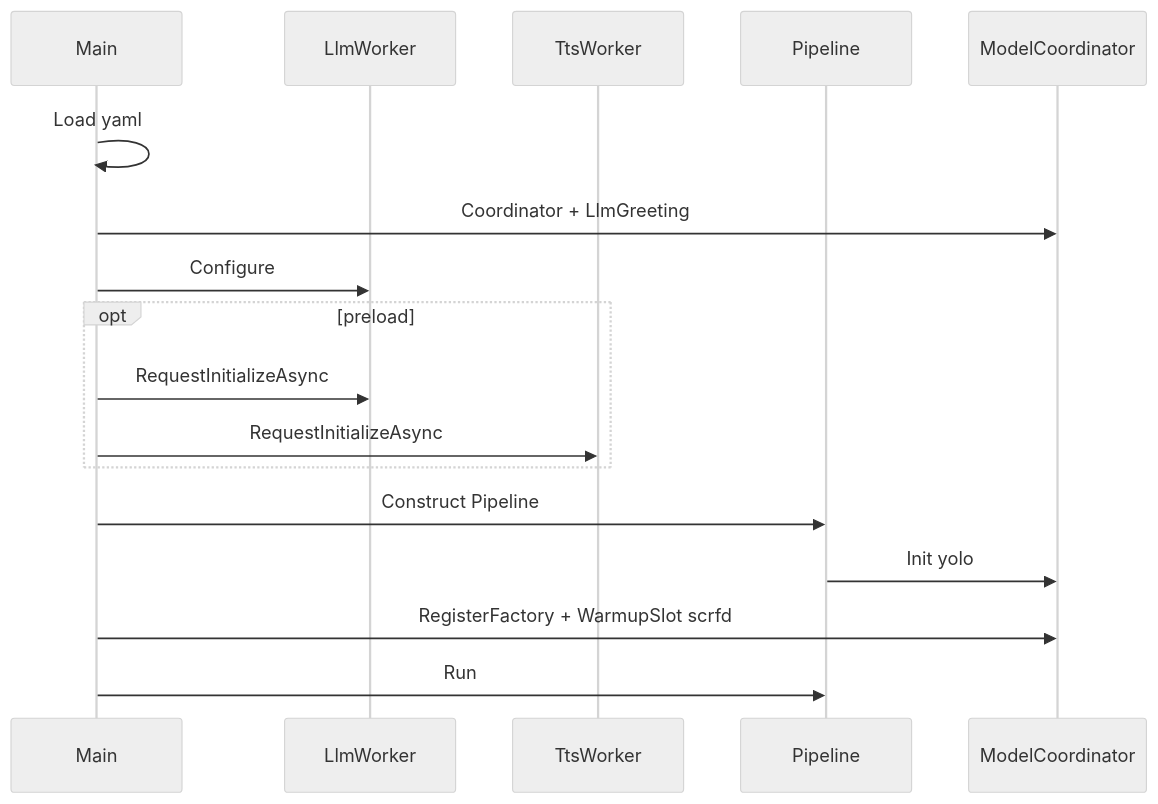
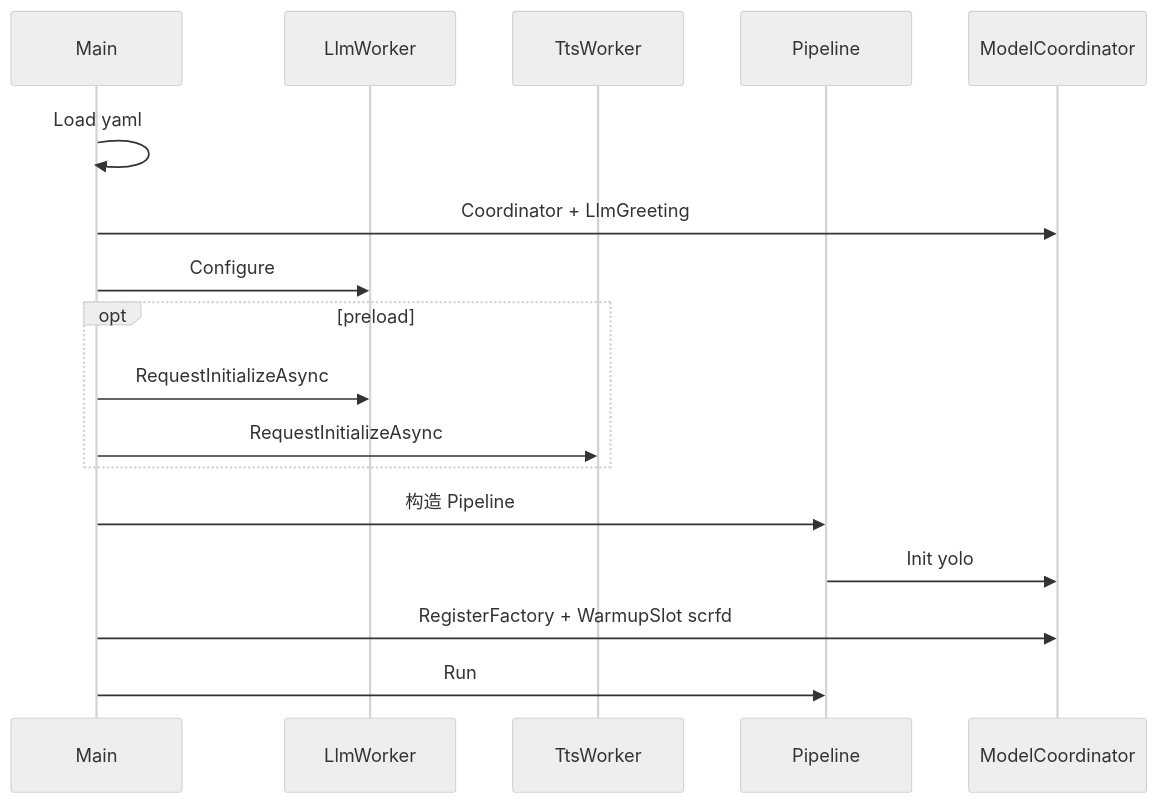
Before and after one commit to kyshipit/eai-rk3588: the second of 3 diagrams in docs/architecture-and-runtime.md, drawn with Mermaid (neutral theme). The commit also changed other lines of this file and 19 other files, not shown here.

````diff
--- a/docs/architecture-and-runtime.md
+++ b/docs/architecture-and-runtime.md
@@ -110,19 +111,19 @@
 ```mermaid
 sequenceDiagram
     participant Main
     participant LLM as LlmWorker
     participant TTS as TtsWorker
     participant Pipe as Pipeline
     participant MC as ModelCoordinator
     Main->>Main: Load yaml
     Main->>MC: Coordinator + LlmGreeting
     Main->>LLM: Configure
     opt preload
         Main->>LLM: RequestInitializeAsync
         Main->>TTS: RequestInitializeAsync
     end
-    Main->>Pipe: Construct Pipeline
+    Main->>Pipe: 构造 Pipeline
     Pipe->>MC: Init yolo
     Main->>MC: RegisterFactory + WarmupSlot scrfd
     Main->>Pipe: Run
 ```
````
